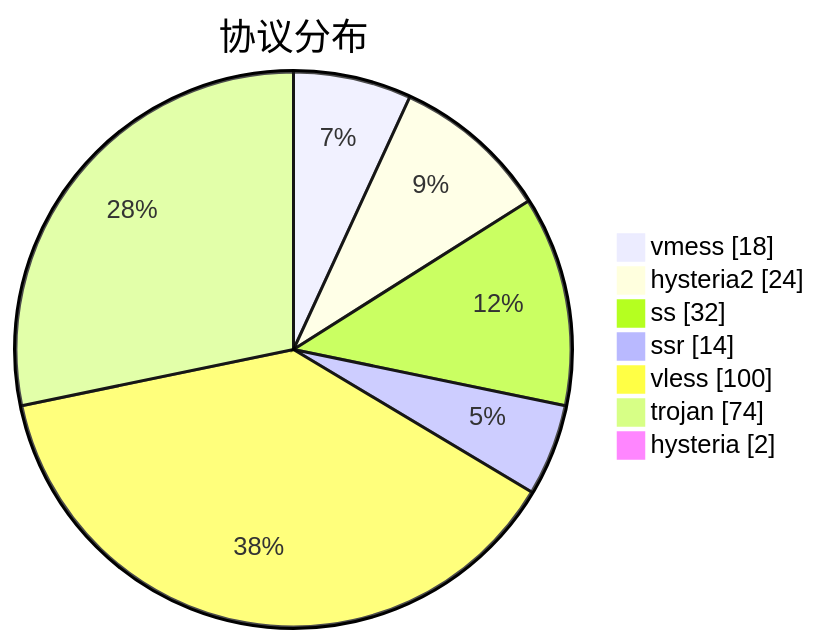
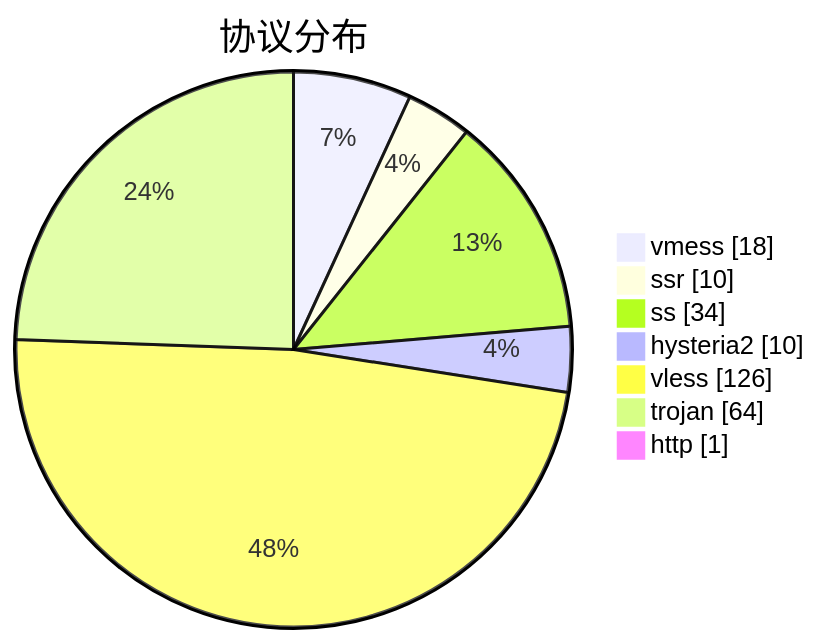
Before and after one commit to sinspired/airport: the third of 3 diagrams in subs/statistics/tested_within.md, drawn with Mermaid. The commit also changed other lines of this file and 2 other files, not shown here.

````diff
--- a/subs/statistics/tested_within.md
+++ b/subs/statistics/tested_within.md
@@ -52,11 +40,11 @@
 ```mermaid
 pie showData
 title 协议分布
 "vmess" : 18
-"hysteria2" : 24
-"ss" : 32
-"ssr" : 14
-"vless" : 100
-"trojan" : 74
-"hysteria" : 2
+"ssr" : 10
+"ss" : 34
+"hysteria2" : 10
+"vless" : 126
+"trojan" : 64
+"http" : 1
 ```
````
